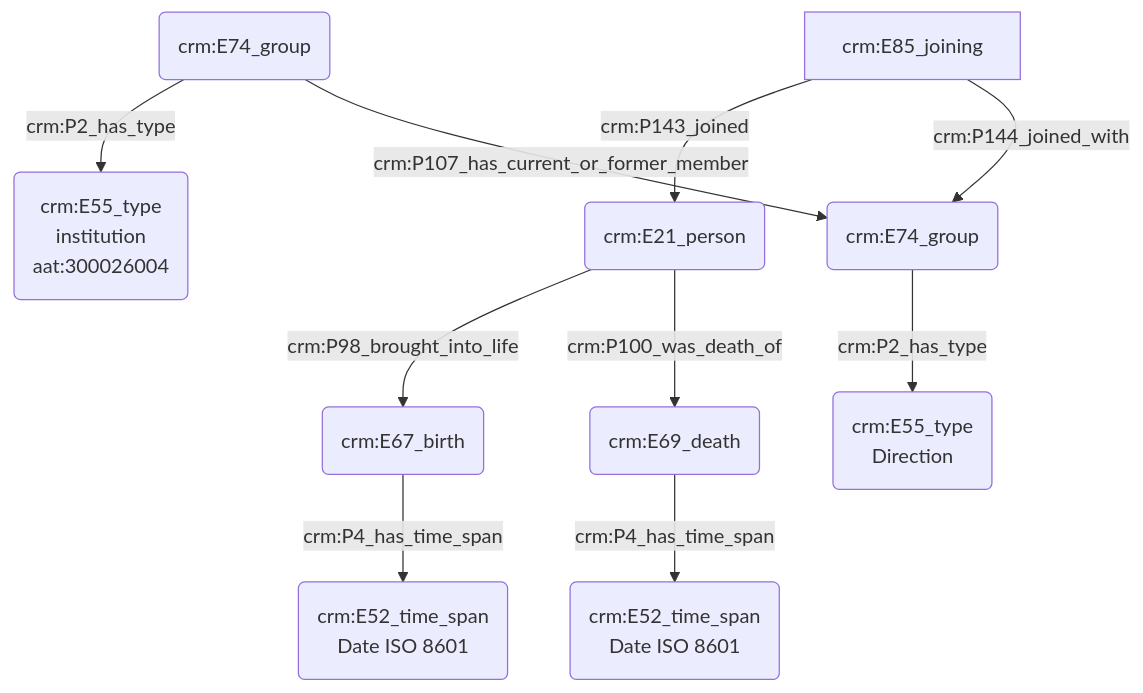
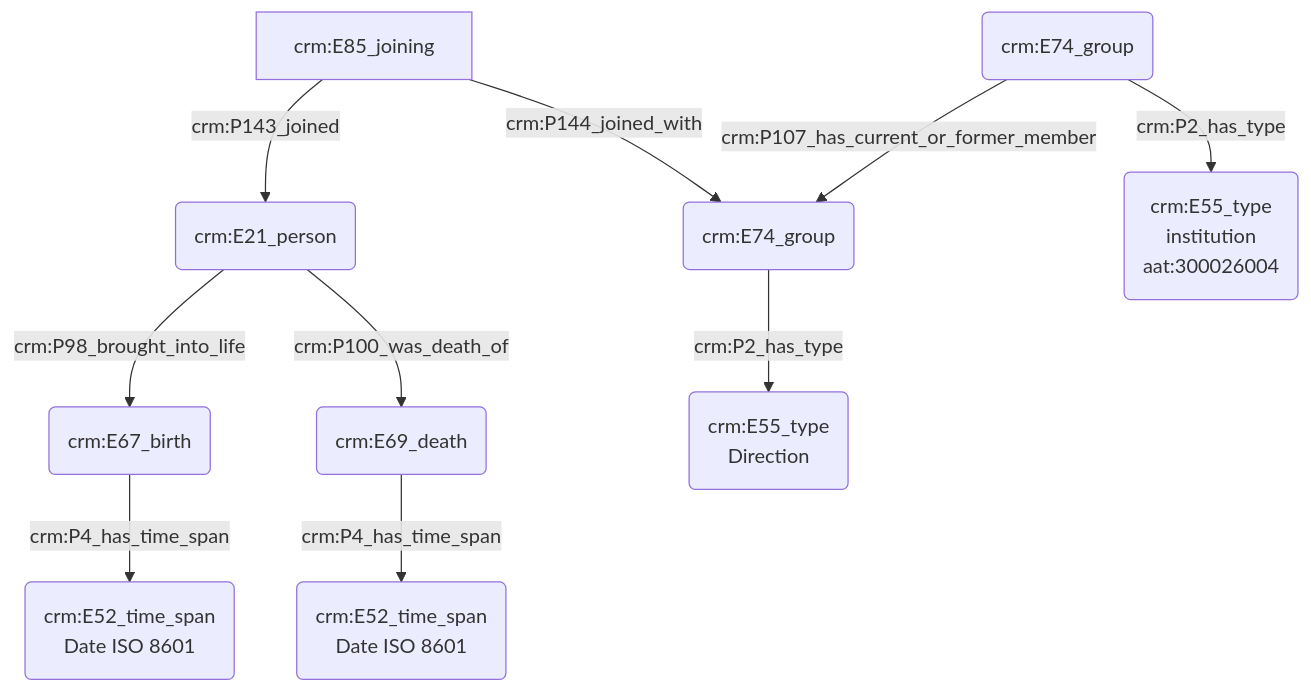
One commit to Amleth/consortium-musica2-gt2-ontologies changed the diagram in modules/livrables/Dossier 2/Indexation conceptuelle/indexation d'une personne.md. Above: the diagram before and after it, drawn with Mermaid.

Commit message:
Update indexation d'une personne.md

````diff
--- a/modules/livrables/Dossier 2/Indexation conceptuelle/indexation d'une personne.md
+++ b/modules/livrables/Dossier 2/Indexation conceptuelle/indexation d'une personne.md
@@ -15,18 +15,20 @@
 ```mermaid
 graph TD;
 
 A(crm:E21_person) --> |crm:P98_brought_into_life| B(crm:E67_birth)
 B(crm:E67_birth) --> |crm:P4_has_time_span| C(crm:E52_time_span<br>Date ISO 8601)
 
-
+U[crm:E85_joining] --> |crm:P144_joined_with| S(crm:E74_group)
 
 M(crm:E74_group) -->|crm:P2_has_type| N(crm:E55_type<br>institution<br>aat:300026004)
 M(crm:E74_group) --> |crm:P107_has_current_or_former_member| S(crm:E74_group)
-S(crm:E74_group) --> |crm:P2_has_type| T(crm:E55_type<br>Direction)
+
 U[crm:E85_joining] -->|crm:P143_joined| A(crm:E21_person<br>John Doe)
-U[crm:E85_joining] --> |crm:P144_joined_with| S(crm:E74_group)
 
 A(crm:E21_person) --> |crm:P100_was_death_of| D(crm:E69_death)
+S(crm:E74_group) --> |crm:P2_has_type| T(crm:E55_type<br>Direction)
 D(crm:E69_death) --> |crm:P4_has_time_span| E(crm:E52_time_span<br>Date ISO 8601)
 
+
+
 ```
````
